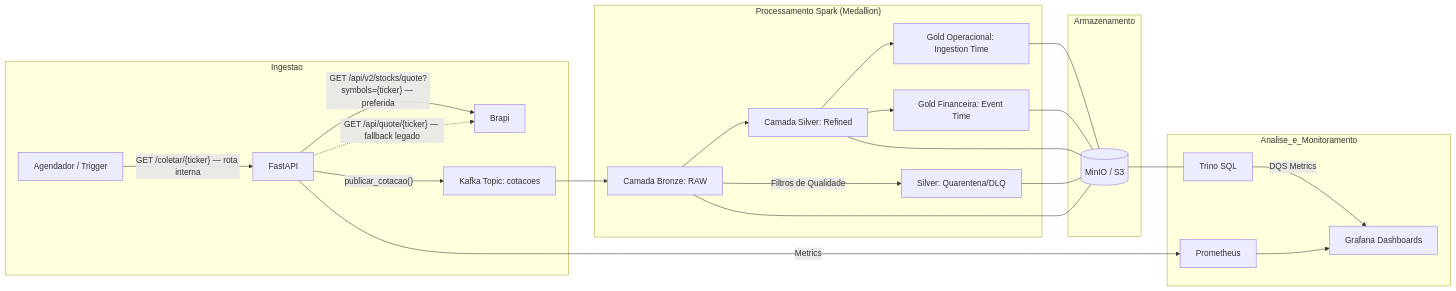
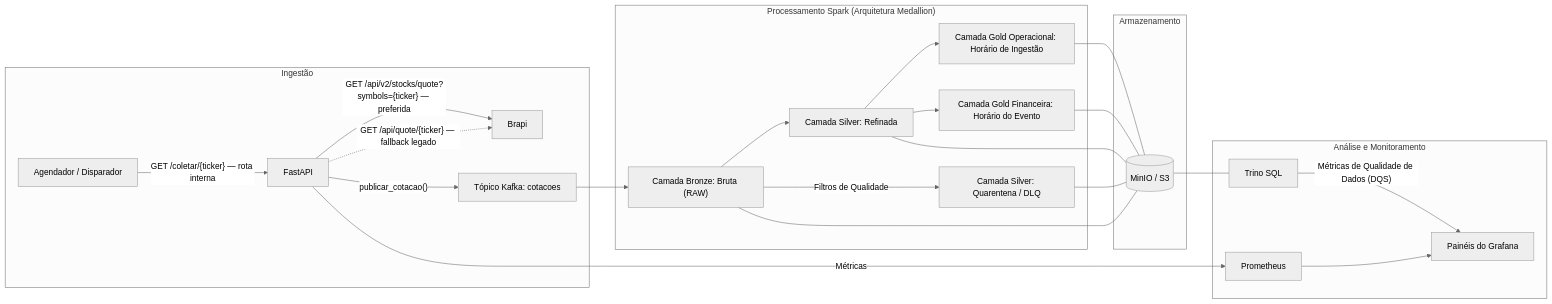
One commit to Suzyguebata/cotacao_bolsa changed the diagram in README.md. Above: the diagram before and after it, drawn with Mermaid. The commit also changed other lines of this file and 15 other files, not shown here.

````diff
--- a/README.md
+++ b/README.md
@@ -66,28 +66,29 @@
 ```mermaid
+%%{init: {'theme': 'neutral'}}%%
 graph LR
-    subgraph Ingestao
-        Agendador[Agendador / Trigger] -- "GET /coletar/{ticker} — rota interna" --> API[FastAPI]
-        API -- "GET /api/v2/stocks/quote?symbols={ticker} — preferida" --> Brapi[Brapi]
+    subgraph Ingestao["Ingestão"]
+        Agendador["Agendador / Disparador"] -- "GET /coletar/{ticker} — rota interna" --> API["FastAPI"]
+        API -- "GET /api/v2/stocks/quote?symbols={ticker} — preferida" --> Brapi["Brapi"]
         API -. "GET /api/quote/{ticker} — fallback legado" .-> Brapi
-        API -- "publicar_cotacao()" --> Kafka[Kafka Topic: cotacoes]
+        API -- "publicar_cotacao()" --> Kafka["Tópico Kafka: cotacoes"]
     end
 
-    subgraph "Processamento Spark (Medallion)"
-        Kafka --> Bronze[Camada Bronze: RAW]
-        Bronze --> Silver[Camada Silver: Refined]
-        Bronze -- "Filtros de Qualidade" --> Quarentena[Silver: Quarentena/DLQ]
-        Silver --> GoldOp[Gold Operacional: Ingestion Time]
-        Silver --> GoldFin[Gold Financeira: Event Time]
+    subgraph Processamento["Processamento Spark (Arquitetura Medallion)"]
+        Kafka --> Bronze["Camada Bronze: Bruta (RAW)"]
+        Bronze --> Silver["Camada Silver: Refinada"]
+        Bronze -- "Filtros de Qualidade" --> Quarentena["Camada Silver: Quarentena / DLQ"]
+        Silver --> GoldOp["Camada Gold Operacional: Horário de Ingestão"]
+        Silver --> GoldFin["Camada Gold Financeira: Horário do Evento"]
     end
 
-    subgraph Armazenamento
-        Bronze & Silver & Quarentena & GoldOp & GoldFin --- MinIO[(MinIO / S3)]
+    subgraph Armazenamento["Armazenamento"]
+        Bronze & Silver & Quarentena & GoldOp & GoldFin --- MinIO[("MinIO / S3")]
     end
 
-    subgraph Analise_e_Monitoramento
-        MinIO --- Trino[Trino SQL]
-        Trino -- "DQS Metrics" --> Grafana[Grafana Dashboards]
-        API -- "Metrics" --> Prometheus[Prometheus]
+    subgraph Analise["Análise e Monitoramento"]
+        MinIO --- Trino["Trino SQL"]
+        Trino -- "Métricas de Qualidade de Dados (DQS)" --> Grafana["Painéis do Grafana"]
+        API -- "Métricas" --> Prometheus["Prometheus"]
         Prometheus --> Grafana
     end
 ```
````
